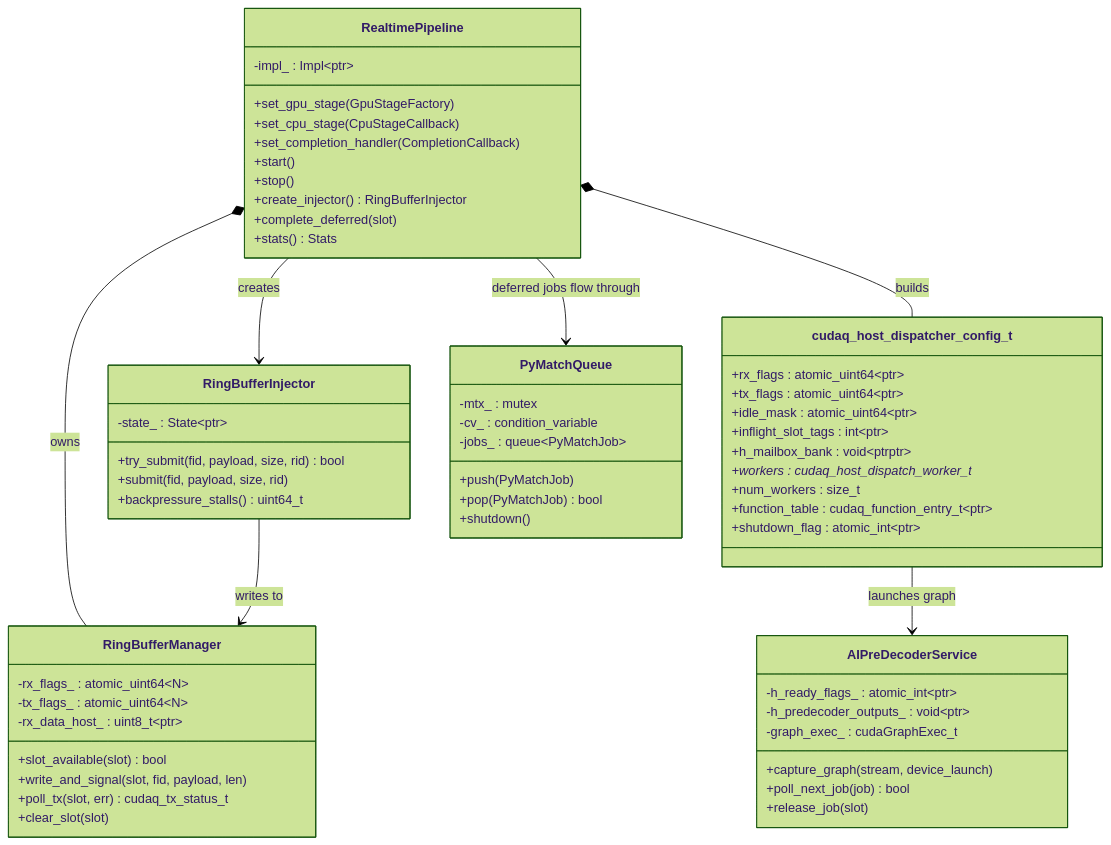
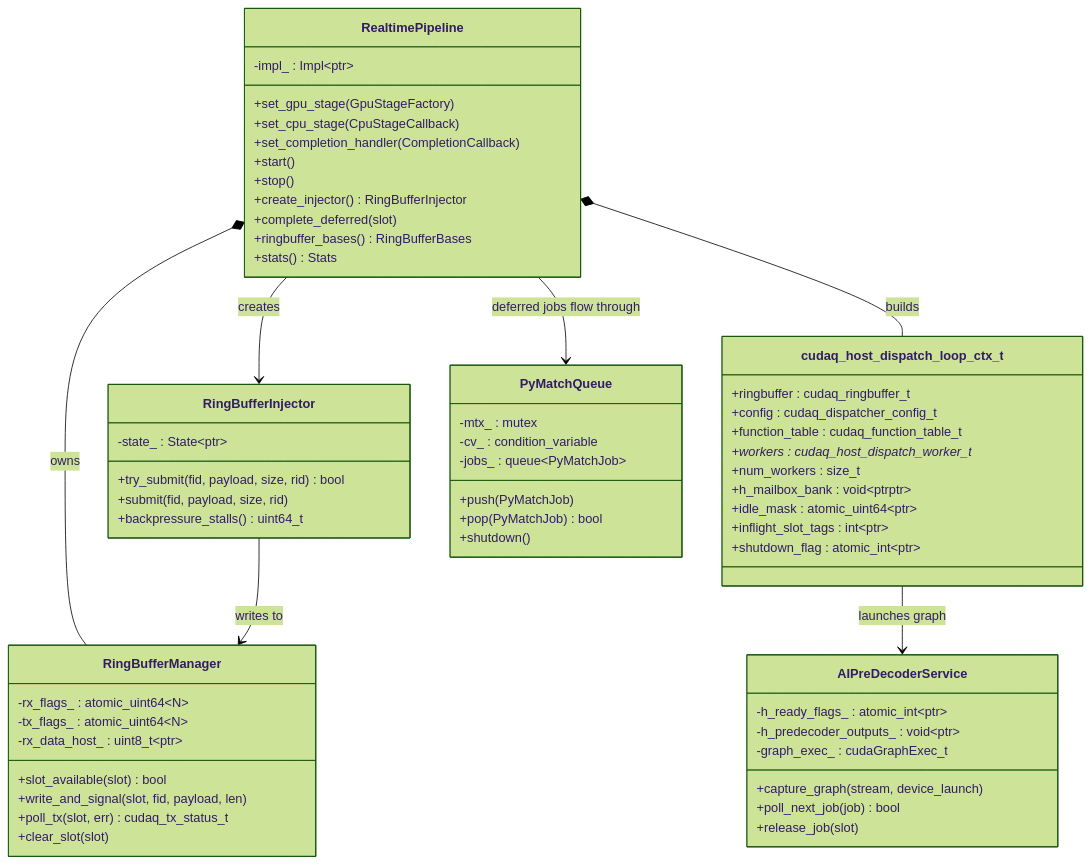
Before and after one commit to wsttiger/cudaqx: the first of 8 diagrams in docs/realtime_pipeline_architecture.md, drawn with Mermaid (forest theme). The commit also changed other lines of this file and 7 other files, not shown here.

First line of the commit message:
Add multi-GPU predecoder support and update docs for cudaq-realtime SDK changes

````diff
--- a/docs/realtime_pipeline_architecture.md
+++ b/docs/realtime_pipeline_architecture.md
@@ -5,68 +5,69 @@
 ```mermaid
 classDiagram
     class RealtimePipeline {
         -impl_ : Impl~ptr~
         +set_gpu_stage(GpuStageFactory)
         +set_cpu_stage(CpuStageCallback)
         +set_completion_handler(CompletionCallback)
         +start()
         +stop()
         +create_injector() RingBufferInjector
         +complete_deferred(slot)
+        +ringbuffer_bases() RingBufferBases
         +stats() Stats
     }
 
     class RingBufferInjector {
         -state_ : State~ptr~
         +try_submit(fid, payload, size, rid) bool
         +submit(fid, payload, size, rid)
         +backpressure_stalls() uint64_t
     }
 
     class RingBufferManager {
         -rx_flags_ : atomic_uint64~N~
         -tx_flags_ : atomic_uint64~N~
         -rx_data_host_ : uint8_t~ptr~
         +slot_available(slot) bool
         +write_and_signal(slot, fid, payload, len)
         +poll_tx(slot, err) cudaq_tx_status_t
         +clear_slot(slot)
     }
 
-    class cudaq_host_dispatcher_config_t {
-        +rx_flags : atomic_uint64~ptr~
-        +tx_flags : atomic_uint64~ptr~
+    class cudaq_host_dispatch_loop_ctx_t {
+        +ringbuffer : cudaq_ringbuffer_t
+        +config : cudaq_dispatcher_config_t
+        +function_table : cudaq_function_table_t
+        +workers : cudaq_host_dispatch_worker_t*
+        +num_workers : size_t
+        +h_mailbox_bank : void~ptrptr~
         +idle_mask : atomic_uint64~ptr~
         +inflight_slot_tags : int~ptr~
-        +h_mailbox_bank : void~ptrptr~
-        +workers : cudaq_host_dispatch_worker_t*
-        +num_workers : size_t
-        +function_table : cudaq_function_entry_t~ptr~
         +shutdown_flag : atomic_int~ptr~
     }
 
     class AIPreDecoderService {
         -h_ready_flags_ : atomic_int~ptr~
         -h_predecoder_outputs_ : void~ptr~
         -graph_exec_ : cudaGraphExec_t
         +capture_graph(stream, device_launch)
         +poll_next_job(job) bool
         +release_job(slot)
     }
 
     class PyMatchQueue {
         -mtx_ : mutex
         -cv_ : condition_variable
         -jobs_ : queue~PyMatchJob~
         +push(PyMatchJob)
         +pop(PyMatchJob) bool
         +shutdown()
     }
 
     RealtimePipeline *-- RingBufferManager : owns
-    RealtimePipeline *-- cudaq_host_dispatcher_config_t : builds
+    RealtimePipeline *-- cudaq_host_dispatch_loop_ctx_t : builds
     RealtimePipeline --> RingBufferInjector : creates
     RingBufferInjector --> RingBufferManager : writes to
-    cudaq_host_dispatcher_config_t --> AIPreDecoderService : launches graph
+    cudaq_host_dispatch_loop_ctx_t --> AIPreDecoderService : launches graph
     RealtimePipeline --> PyMatchQueue : deferred jobs flow through
 ```
````
